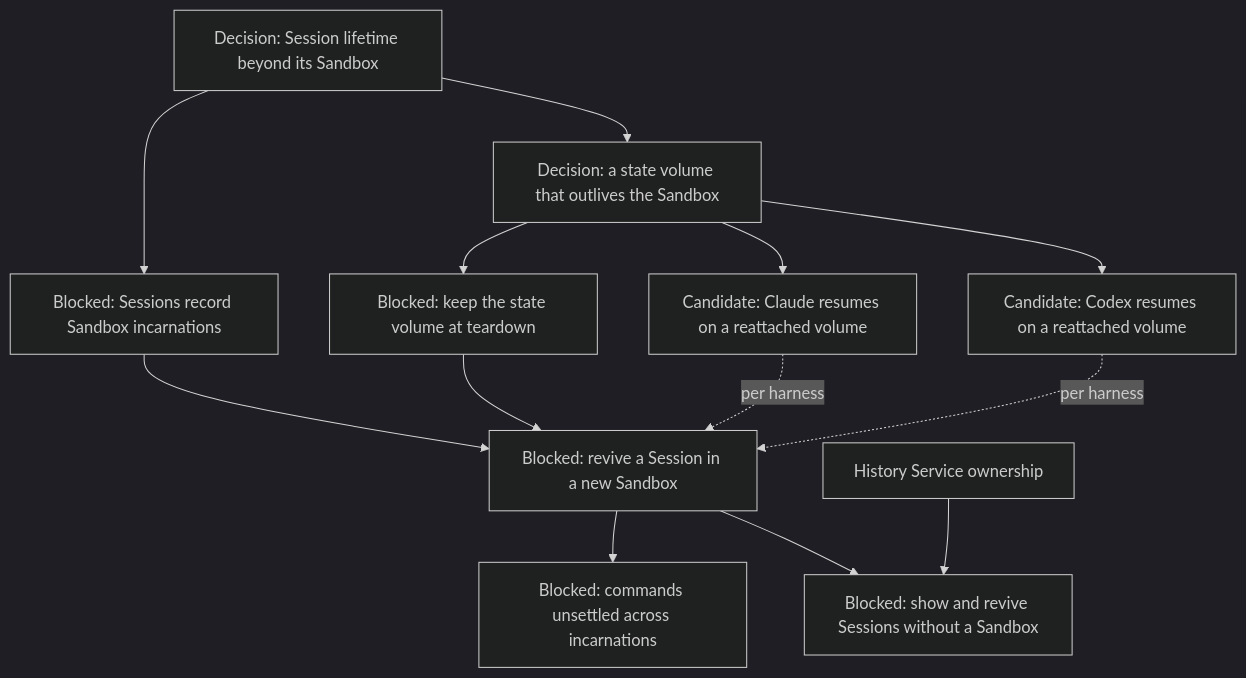
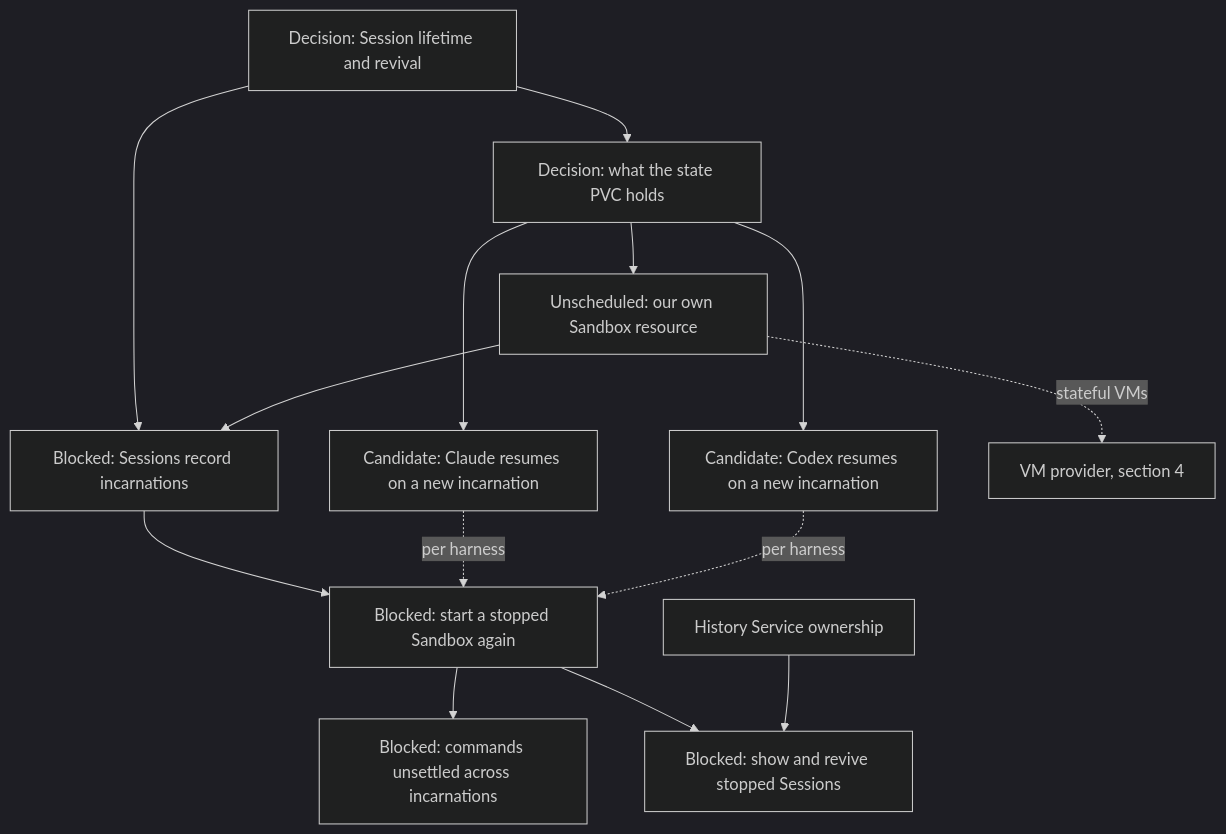
Before and after one commit to agentydragon-agent/ducktape: the tenth of 14 diagrams in agentplane/plans/task_dag.md, drawn with Mermaid (dark theme). The commit also changed other lines of this file and 1 other file, not shown here.

````diff
--- a/agentplane/plans/task_dag.md
+++ b/agentplane/plans/task_dag.md
@@ -597,25 +605,27 @@
 ```mermaid
 flowchart TD
-    DURABLE_SESSION_LIFECYCLE[Decision: Session lifetime beyond its Sandbox]
-    SESSION_STATE_VOLUME_DESIGN[Decision: a state volume that outlives the Sandbox]
-    CLAUDE_PORTABLE_STATE[Candidate: Claude resumes on a reattached volume]
-    CODEX_PORTABLE_STATE[Candidate: Codex resumes on a reattached volume]
-    SESSION_INCARNATIONS[Blocked: Sessions record Sandbox incarnations]
-    STATE_VOLUME_RETENTION[Blocked: keep the state volume at teardown]
-    SESSION_REVIVE[Blocked: revive a Session in a new Sandbox]
+    DURABLE_SESSION_LIFECYCLE[Decision: Session lifetime and revival]
+    SESSION_STATE_VOLUME_DESIGN[Decision: what the state PVC holds]
+    AGENTPLANE_SANDBOX_RESOURCE[Unscheduled: our own Sandbox resource]
+    CLAUDE_PORTABLE_STATE[Candidate: Claude resumes on a new incarnation]
+    CODEX_PORTABLE_STATE[Candidate: Codex resumes on a new incarnation]
+    SESSION_INCARNATIONS[Blocked: Sessions record incarnations]
+    SESSION_REVIVE[Blocked: start a stopped Sandbox again]
     THREAD_SUCCESSOR_DELIVERY[Blocked: commands unsettled across incarnations]
-    HOSTED_THREAD_SURFACES[Blocked: show and revive Sessions without a Sandbox]
+    HOSTED_THREAD_SURFACES[Blocked: show and revive stopped Sessions]
     HISTORY_SERVICE_OWNERSHIP[History Service ownership]
+    VM_PROVIDER[VM provider, section 4]
     DURABLE_SESSION_LIFECYCLE --> SESSION_STATE_VOLUME_DESIGN
     DURABLE_SESSION_LIFECYCLE --> SESSION_INCARNATIONS
+    SESSION_STATE_VOLUME_DESIGN --> AGENTPLANE_SANDBOX_RESOURCE
     SESSION_STATE_VOLUME_DESIGN --> CLAUDE_PORTABLE_STATE
     SESSION_STATE_VOLUME_DESIGN --> CODEX_PORTABLE_STATE
-    SESSION_STATE_VOLUME_DESIGN --> STATE_VOLUME_RETENTION
+    AGENTPLANE_SANDBOX_RESOURCE --> SESSION_INCARNATIONS
+    AGENTPLANE_SANDBOX_RESOURCE -. stateful VMs .-> VM_PROVIDER
     SESSION_INCARNATIONS --> SESSION_REVIVE
-    STATE_VOLUME_RETENTION --> SESSION_REVIVE
     CLAUDE_PORTABLE_STATE -. per harness .-> SESSION_REVIVE
     CODEX_PORTABLE_STATE -. per harness .-> SESSION_REVIVE
     SESSION_REVIVE --> THREAD_SUCCESSOR_DELIVERY
     SESSION_REVIVE --> HOSTED_THREAD_SURFACES
     HISTORY_SERVICE_OWNERSHIP --> HOSTED_THREAD_SURFACES
 ```
````
